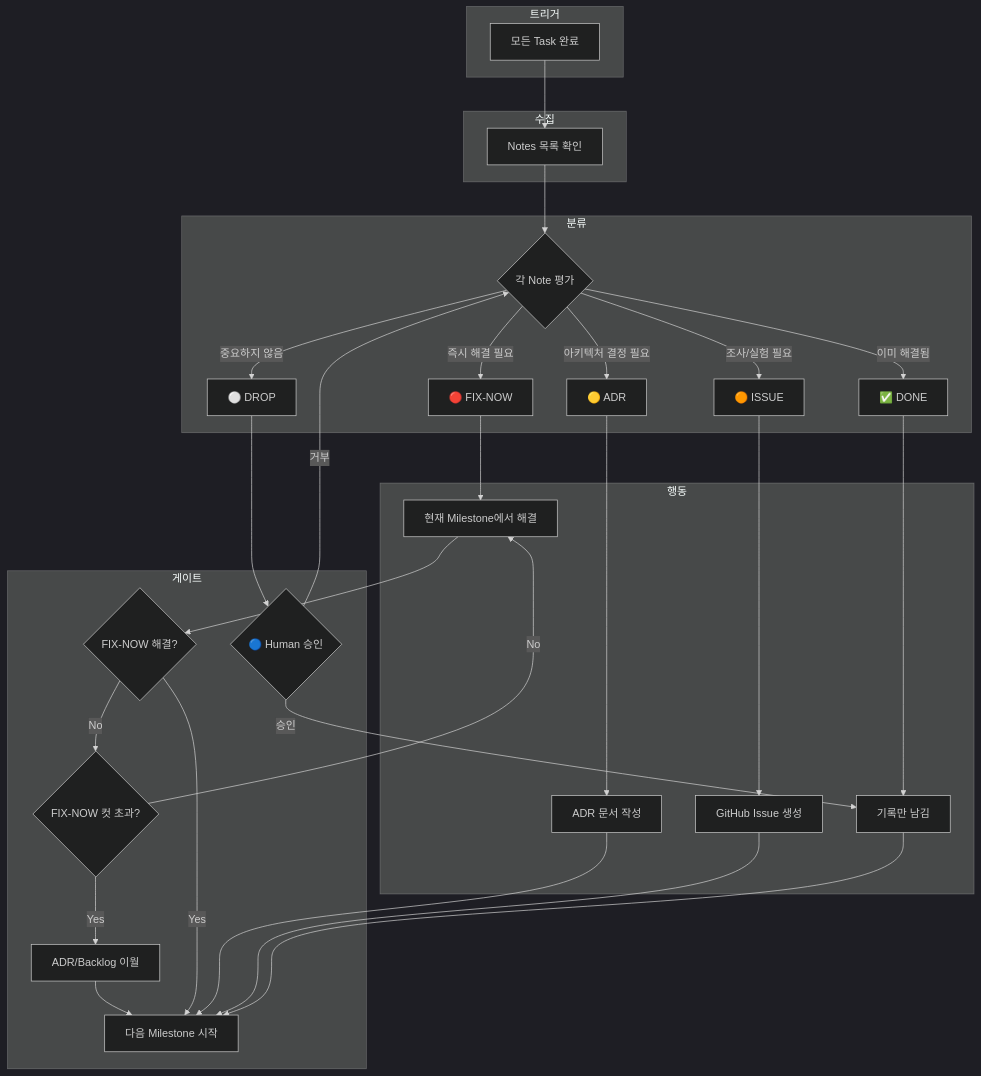
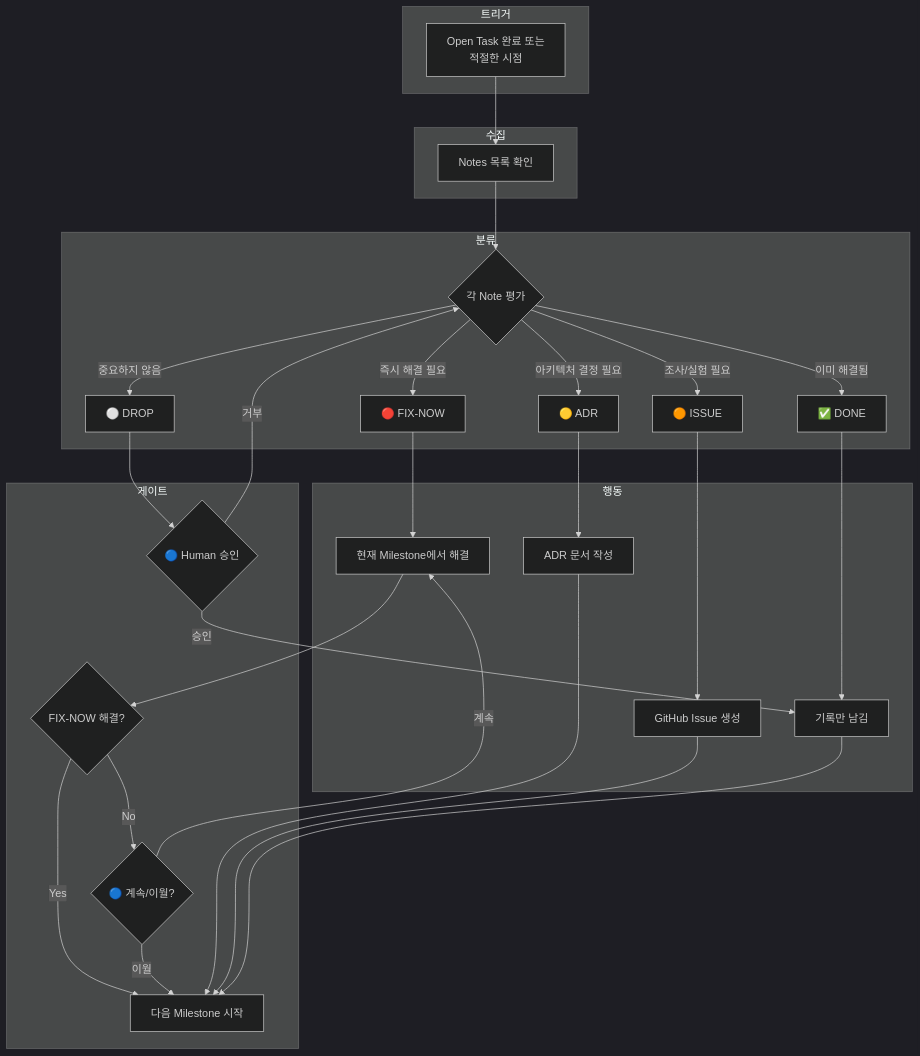
Before and after one commit to cagojeiger/code-hub: the sixth of 8 diagrams in docs/workflow.md, drawn with Mermaid (dark theme). The commit also changed other lines of this file, not shown here.

````diff
--- a/docs/workflow.md
+++ b/docs/workflow.md
@@ -351,42 +386,41 @@
 ```mermaid
 flowchart TD
     subgraph Trigger["트리거"]
-        ALL_TASK_DONE[모든 Task 완료]
+        ALL_TASK_DONE[Open Task 완료 또는<br/>적절한 시점]
     end
 
     subgraph Collect["수집"]
         ALL_TASK_DONE --> NOTES[Notes 목록 확인]
     end
 
     subgraph Classify["분류"]
         NOTES --> ASSESS{각 Note 평가}
 
         ASSESS -->|즉시 해결 필요| FIX["🔴 FIX-NOW"]
         ASSESS -->|아키텍처 결정 필요| ADR["🟡 ADR"]
         ASSESS -->|조사/실험 필요| ISSUE["🟠 ISSUE"]
         ASSESS -->|중요하지 않음| DROP["⚪ DROP"]
         ASSESS -->|이미 해결됨| DONE["✅ DONE"]
     end
 
     subgraph Act["행동"]
         FIX --> BLOCK[현재 Milestone에서 해결]
         ADR --> ADR_DOC[ADR 문서 작성]
         ISSUE --> GH_ISSUE[GitHub Issue 생성]
         DONE --> ARCHIVE[기록만 남김]
     end
 
     subgraph Gate["게이트"]
-        BLOCK --> CHECK{FIX-NOW 해결?}
-        CHECK -->|No| CUT_CHECK{FIX-NOW 컷 초과?}
-        CUT_CHECK -->|No| BLOCK
-        CUT_CHECK -->|Yes| DEFER[ADR/Backlog 이월]
-        DEFER --> NEXT[다음 Milestone 시작]
-        CHECK -->|Yes| NEXT
+        BLOCK --> FIX_CHECK{FIX-NOW 해결?}
+        FIX_CHECK -->|Yes| NEXT[다음 Milestone 시작]
+        FIX_CHECK -->|No| DEFER_DECIDE{🔵 계속/이월?}
+        DEFER_DECIDE -->|계속| BLOCK
+        DEFER_DECIDE -->|이월| NEXT
         ADR_DOC --> NEXT
         GH_ISSUE --> NEXT
         DROP --> HUMAN_OK{🔵 Human 승인}
         HUMAN_OK -->|승인| ARCHIVE
         HUMAN_OK -->|거부| ASSESS
         ARCHIVE --> NEXT
     end
 ```
````
